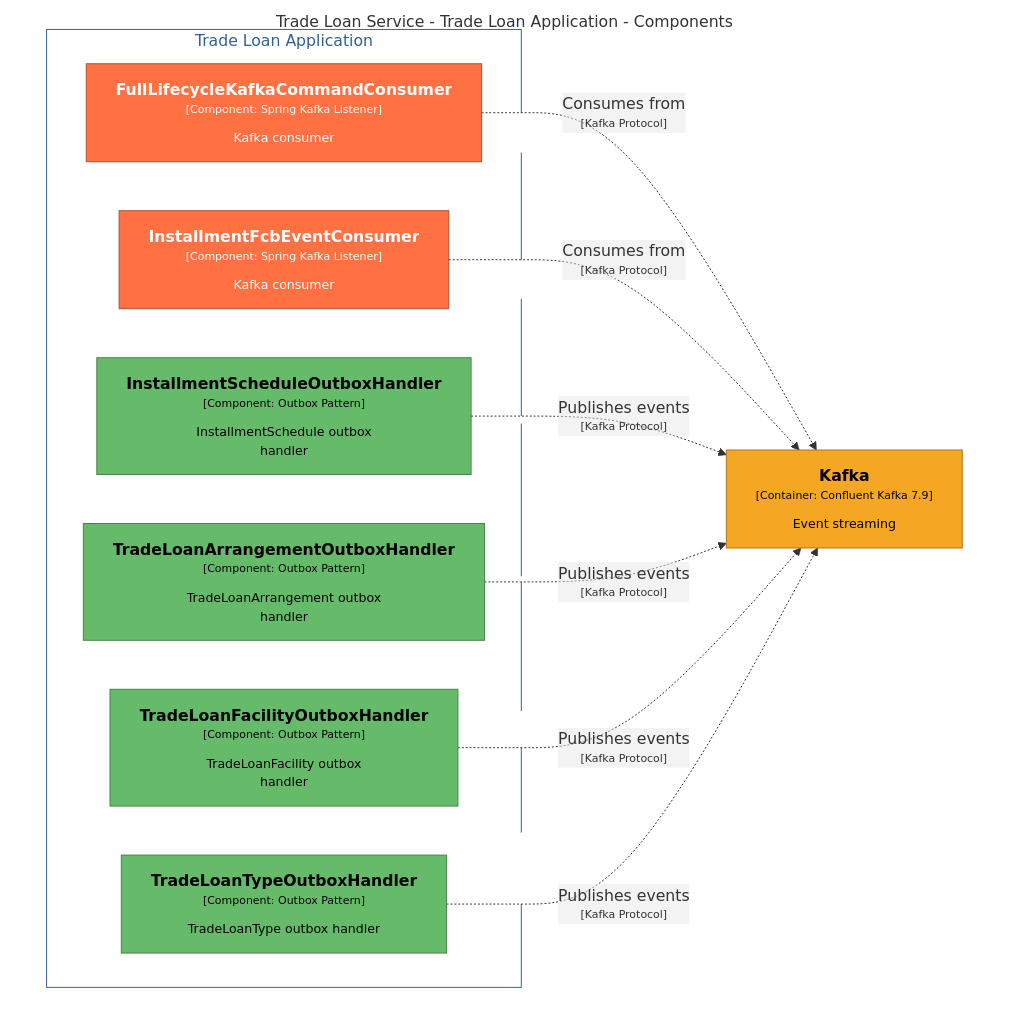
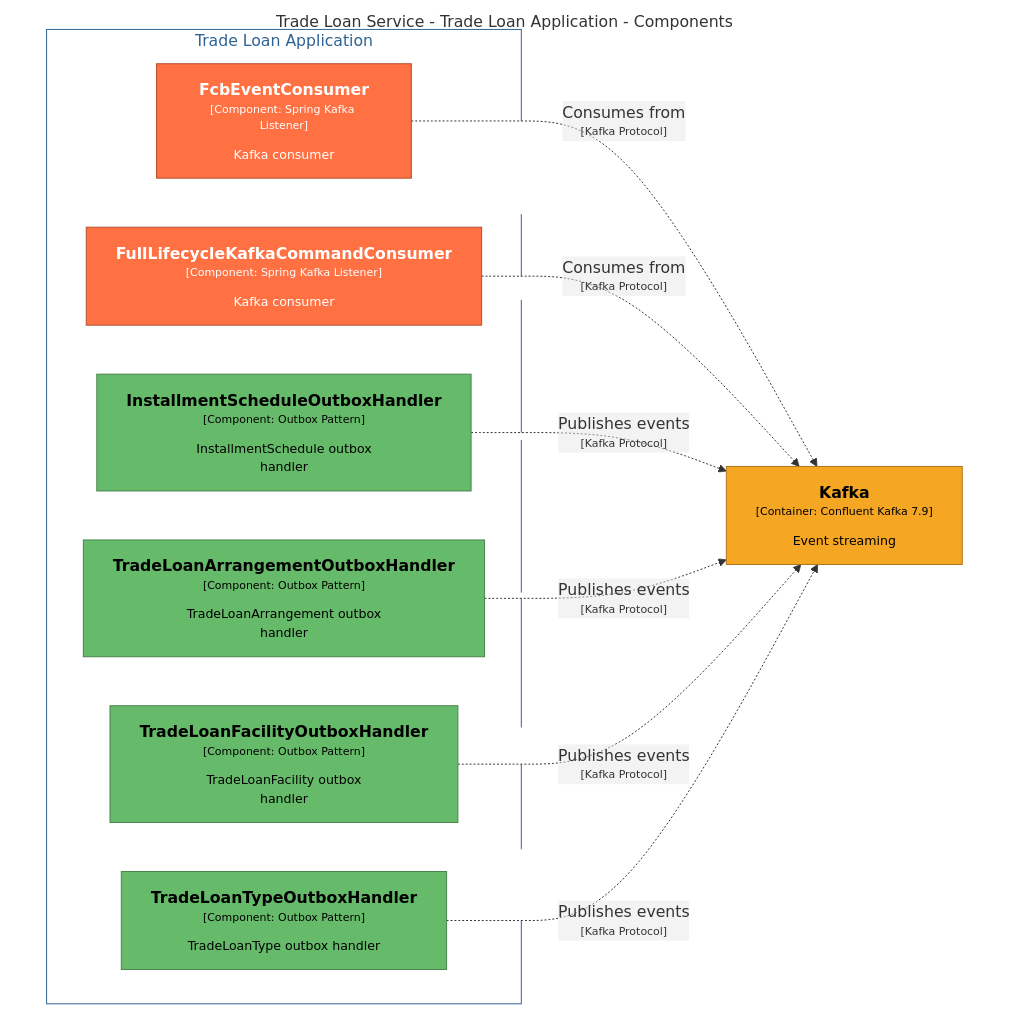
One commit to ghazalehjozani/nova changed the diagram in documents/c4/mermaid/Messaging.mmd. Above: the diagram before and after it, drawn with Mermaid. The commit also changed 16 other files, not shown here.

Commit message:
refactor(CBS-274722:LN-59155): Rename FCB event handler

```diff
--- a/documents/c4/mermaid/Messaging.mmd
+++ b/documents/c4/mermaid/Messaging.mmd
@@ -1,33 +1,33 @@
 graph TB
   linkStyle default fill:#ffffff
 
   subgraph diagram ["Trade Loan Service - Trade Loan Application - Components"]
     style diagram fill:#ffffff,stroke:#ffffff
 
     13["<div style='font-weight: bold'>Kafka</div><div style='font-size: 70%; margin-top: 0px'>[Container: Confluent Kafka 7.9]</div><div style='font-size: 80%; margin-top:10px'>Event streaming</div>"]
     style 13 fill:#f5a623,stroke:#ab7418,color:#000000
 
     subgraph 11 ["Trade Loan Application"]
       style 11 fill:#ffffff,stroke:#2e6295,color:#2e6295
 
       136["<div style='font-weight: bold'>InstallmentScheduleOutboxHandler</div><div style='font-size: 70%; margin-top: 0px'>[Component: Outbox Pattern]</div><div style='font-size: 80%; margin-top:10px'>InstallmentSchedule outbox<br />handler</div>"]
       style 136 fill:#66bb6a,stroke:#47824a,color:#000000
       137["<div style='font-weight: bold'>TradeLoanArrangementOutboxHandler</div><div style='font-size: 70%; margin-top: 0px'>[Component: Outbox Pattern]</div><div style='font-size: 80%; margin-top:10px'>TradeLoanArrangement outbox<br />handler</div>"]
       style 137 fill:#66bb6a,stroke:#47824a,color:#000000
       138["<div style='font-weight: bold'>TradeLoanFacilityOutboxHandler</div><div style='font-size: 70%; margin-top: 0px'>[Component: Outbox Pattern]</div><div style='font-size: 80%; margin-top:10px'>TradeLoanFacility outbox<br />handler</div>"]
       style 138 fill:#66bb6a,stroke:#47824a,color:#000000
       139["<div style='font-weight: bold'>TradeLoanTypeOutboxHandler</div><div style='font-size: 70%; margin-top: 0px'>[Component: Outbox Pattern]</div><div style='font-size: 80%; margin-top:10px'>TradeLoanType outbox handler</div>"]
       style 139 fill:#66bb6a,stroke:#47824a,color:#000000
-      70["<div style='font-weight: bold'>FullLifecycleKafkaCommandConsumer</div><div style='font-size: 70%; margin-top: 0px'>[Component: Spring Kafka Listener]</div><div style='font-size: 80%; margin-top:10px'>Kafka consumer</div>"]
+      70["<div style='font-weight: bold'>FcbEventConsumer</div><div style='font-size: 70%; margin-top: 0px'>[Component: Spring Kafka Listener]</div><div style='font-size: 80%; margin-top:10px'>Kafka consumer</div>"]
       style 70 fill:#ff7043,stroke:#b24e2e,color:#ffffff
-      71["<div style='font-weight: bold'>InstallmentFcbEventConsumer</div><div style='font-size: 70%; margin-top: 0px'>[Component: Spring Kafka Listener]</div><div style='font-size: 80%; margin-top:10px'>Kafka consumer</div>"]
+      71["<div style='font-weight: bold'>FullLifecycleKafkaCommandConsumer</div><div style='font-size: 70%; margin-top: 0px'>[Component: Spring Kafka Listener]</div><div style='font-size: 80%; margin-top:10px'>Kafka consumer</div>"]
       style 71 fill:#ff7043,stroke:#b24e2e,color:#ffffff
     end
 
     70-. "<div>Consumes from</div><div style='font-size: 70%'>[Kafka Protocol]</div>" .->13
     71-. "<div>Consumes from</div><div style='font-size: 70%'>[Kafka Protocol]</div>" .->13
     136-. "<div>Publishes events</div><div style='font-size: 70%'>[Kafka Protocol]</div>" .->13
     137-. "<div>Publishes events</div><div style='font-size: 70%'>[Kafka Protocol]</div>" .->13
     138-. "<div>Publishes events</div><div style='font-size: 70%'>[Kafka Protocol]</div>" .->13
     139-. "<div>Publishes events</div><div style='font-size: 70%'>[Kafka Protocol]</div>" .->13
   end
```
